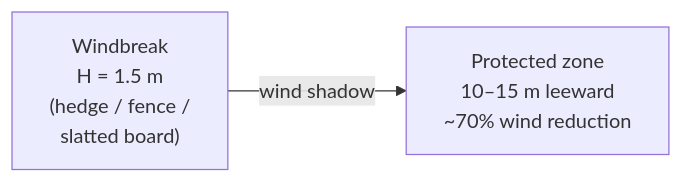
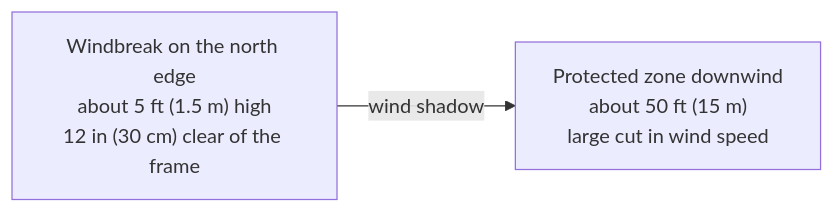
Before and after one commit to UncleJS/guide_hydroponics: the sixth of 11 diagrams in guide/nft/10-climate-management.md, drawn with Mermaid. The commit also changed other lines of this file and 35 other files, not shown here.

````diff
--- a/guide/nft/10-climate-management.md
+++ b/guide/nft/10-climate-management.md
@@ -521,7 +545,7 @@
 ```mermaid
 flowchart LR
-    WB["Windbreak<br/>H = 1.5 m<br/>(hedge / fence /<br/>slatted board)"]
-    PZ["Protected zone<br/>10–15 m leeward<br/>~70% wind reduction"]
+    WB["Windbreak on the north edge<br/>about 5 ft (1.5 m) high<br/>12 in (30 cm) clear of the frame"]
+    PZ["Protected zone downwind<br/>about 50 ft (15 m)<br/>large cut in wind speed"]
 
     WB -->|wind shadow| PZ
 ```
````
